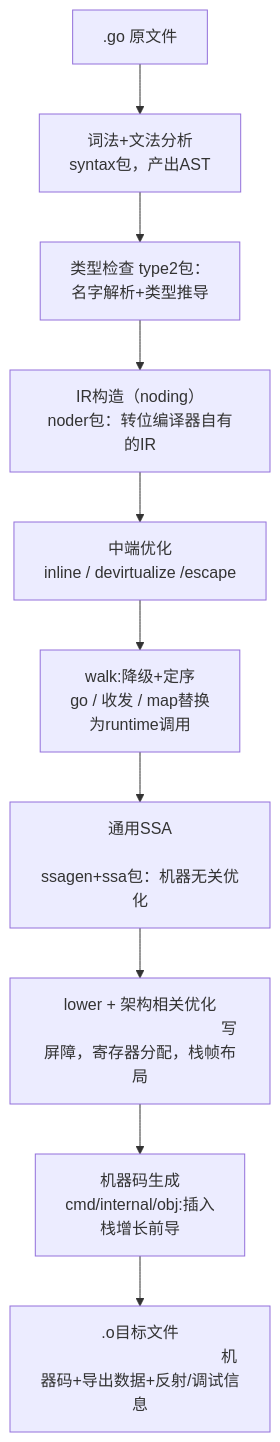
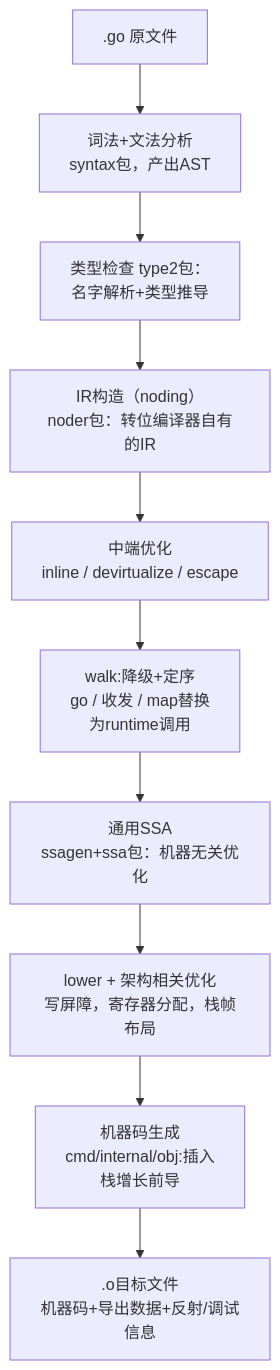
Before and after one commit to sage6/mypress: the first of 2 diagrams in docs/go/3程序的生命周期.md, drawn with Mermaid. The commit also changed other lines of this file and 5 other files, not shown here.

Commit message:
fix: 修改mermaid流程图显示不出来的问题

````diff
--- a/docs/go/3程序的生命周期.md
+++ b/docs/go/3程序的生命周期.md
@@ -59,29 +59,24 @@
 ```mermaid
 flowchart TD
     A[".go 原文件"]
     B["词法+文法分析<br/>syntax包，产出AST"]
     C["类型检查 type2包：<br/>名字解析+类型推导"]
     D["IR构造（noding）<br/>noder包：转位编译器自有的IR"]
-    E["中端优化<br/>inline / devirtualize /escape"]
-	F["walk:降级+定序<br/>go / 收发 / map替换<br/>为runtime调用"]
-	G["通用SSA
-    					ssagen+ssa包：机器无关优化"]
-	H["lower + 架构相关优化
-    					写屏障，寄存器分配，栈帧布局"]
-	I["机器码生成
-    					cmd/internal/obj:插入
-    					栈增长前导"]
-	J[".o目标文件
-    					机器码+导出数据+反射/调试信息"]
+    E["中端优化<br/>inline / devirtualize / escape"]
+    F["walk:降级+定序<br/>go / 收发 / map替换<br/>为runtime调用"]
+    G["通用SSA<br/>ssagen+ssa包：机器无关优化"]
+    H["lower + 架构相关优化<br/>写屏障，寄存器分配，栈帧布局"]
+    I["机器码生成<br/>cmd/internal/obj:插入<br/>栈增长前导"]
+    J[".o目标文件<br/>机器码+导出数据+反射/调试信息"]
 
 
     A --> B
     B --> C
     C --> D
     D --> E
-	E --> F
-	F --> G
-	G --> H
-	H --> I
-	I --> J
+    E --> F
+    F --> G
+    G --> H
+    H --> I
+    I --> J
 ```
````
